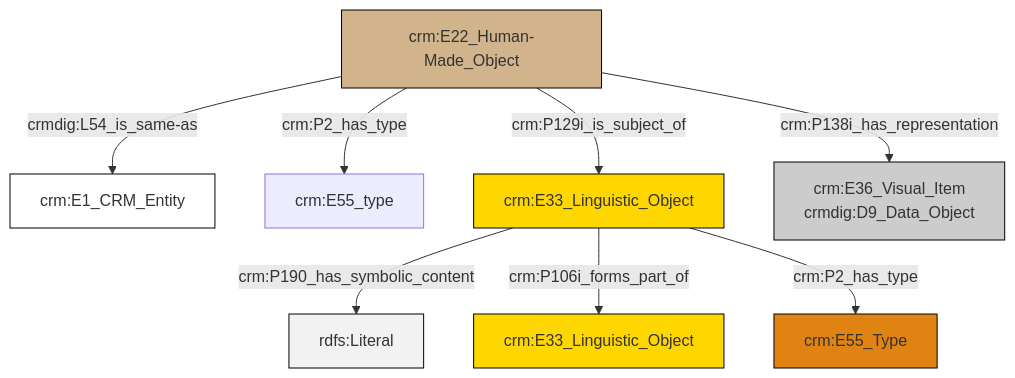
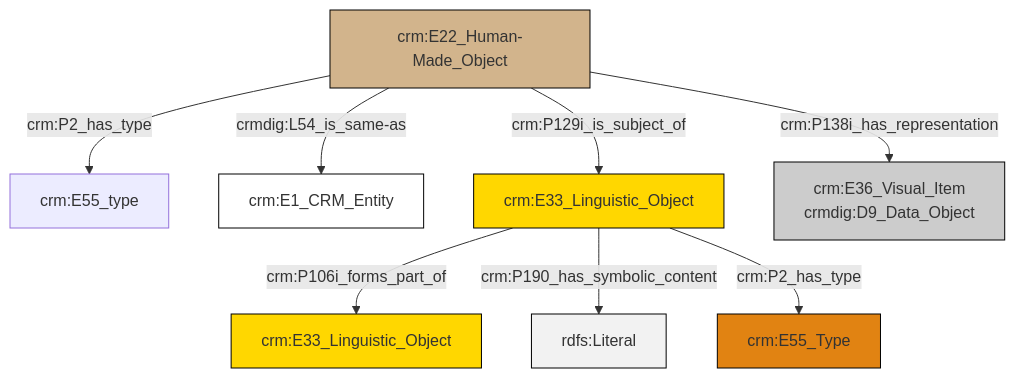
The diagram in et/artworkCSV/ttl/mmd/Artwork_Documentation.ttl.mmd (swiss-art-research-net/reference-data-models), drawn with Mermaid before and after one commit. The commit also changed 125 other files, not shown here.

```diff
--- a/et/artworkCSV/ttl/mmd/Artwork_Documentation.ttl.mmd
+++ b/et/artworkCSV/ttl/mmd/Artwork_Documentation.ttl.mmd
@@ -1,22 +1,22 @@
 graph TD
 classDef Literal fill:#f2f2f2,stroke:#000000;
 classDef CRM_Entity fill:#FFFFFF,stroke:#000000;
 classDef Temporal_Entity fill:#00C9E6, stroke:#000000;
 classDef Type fill:#E18312, stroke:#000000;
 classDef Time-Span fill:#2C9C91, stroke:#000000;
 classDef Appellation fill:#FFEB7F, stroke:#000000;
 classDef Place fill:#008836, stroke:#000000;
 classDef Persistent_Item fill:#B266B2, stroke:#000000;
 classDef Conceptual_Object fill:#FFD700, stroke:#000000;
 classDef Physical_Thing fill:#D2B48C, stroke:#000000;
 classDef Actor fill:#f58aad, stroke:#000000;
 classDef PC_Classes fill:#4ce600, stroke:#000000;
 classDef Multi fill:#cccccc,stroke:#000000;
 
-2["crm:E22_Human-Made_Object"]:::Physical_Thing -->|crm:P2_has_type| 3["crm:E55_type"]:::Default
-2["crm:E22_Human-Made_Object"]:::Physical_Thing -->|crm:P129i_is_subject_of| 4["crm:E33_Linguistic_Object"]:::Conceptual_Object
-4["crm:E33_Linguistic_Object"]:::Conceptual_Object -->|crm:P190_has_symbolic_content| 7[rdfs:Literal]:::Literal
-2["crm:E22_Human-Made_Object"]:::Physical_Thing -->|crmdig:L54_is_same-as| 0["crm:E1_CRM_Entity"]:::CRM_Entity
-4["crm:E33_Linguistic_Object"]:::Conceptual_Object -->|crm:P106i_forms_part_of| 12["crm:E33_Linguistic_Object"]:::Conceptual_Object
-4["crm:E33_Linguistic_Object"]:::Conceptual_Object -->|crm:P2_has_type| 5["crm:E55_Type"]:::Type
+2["crm:E22_Human-Made_Object"]:::Physical_Thing -->|crmdig:L54_is_same-as| 3["crm:E1_CRM_Entity"]:::CRM_Entity
+2["crm:E22_Human-Made_Object"]:::Physical_Thing -->|crm:P129i_is_subject_of| 6["crm:E33_Linguistic_Object"]:::Conceptual_Object
+2["crm:E22_Human-Made_Object"]:::Physical_Thing -->|crm:P2_has_type| 0["crm:E55_type"]:::Default
+6["crm:E33_Linguistic_Object"]:::Conceptual_Object -->|crm:P106i_forms_part_of| 7["crm:E33_Linguistic_Object"]:::Conceptual_Object
+6["crm:E33_Linguistic_Object"]:::Conceptual_Object -->|crm:P190_has_symbolic_content| 8[rdfs:Literal]:::Literal
+6["crm:E33_Linguistic_Object"]:::Conceptual_Object -->|crm:P2_has_type| 4["crm:E55_Type"]:::Type
 2["crm:E22_Human-Made_Object"]:::Physical_Thing -->|crm:P138i_has_representation| 9["crm:E36_Visual_Item<br>crmdig:D9_Data_Object"]:::Multi
```
